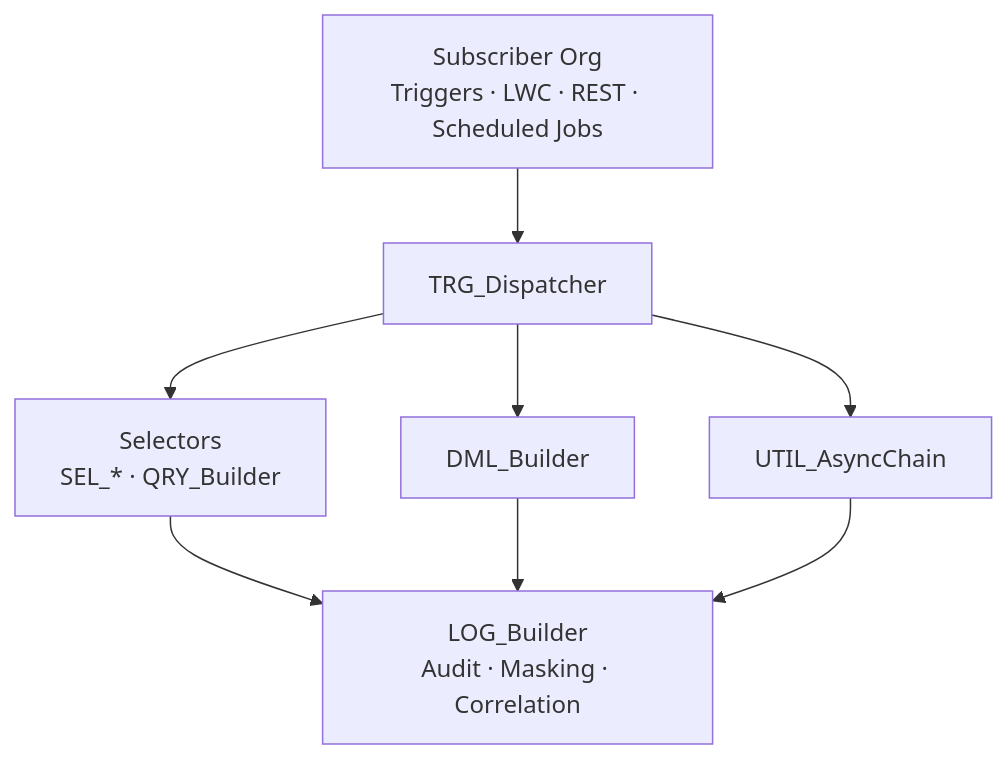
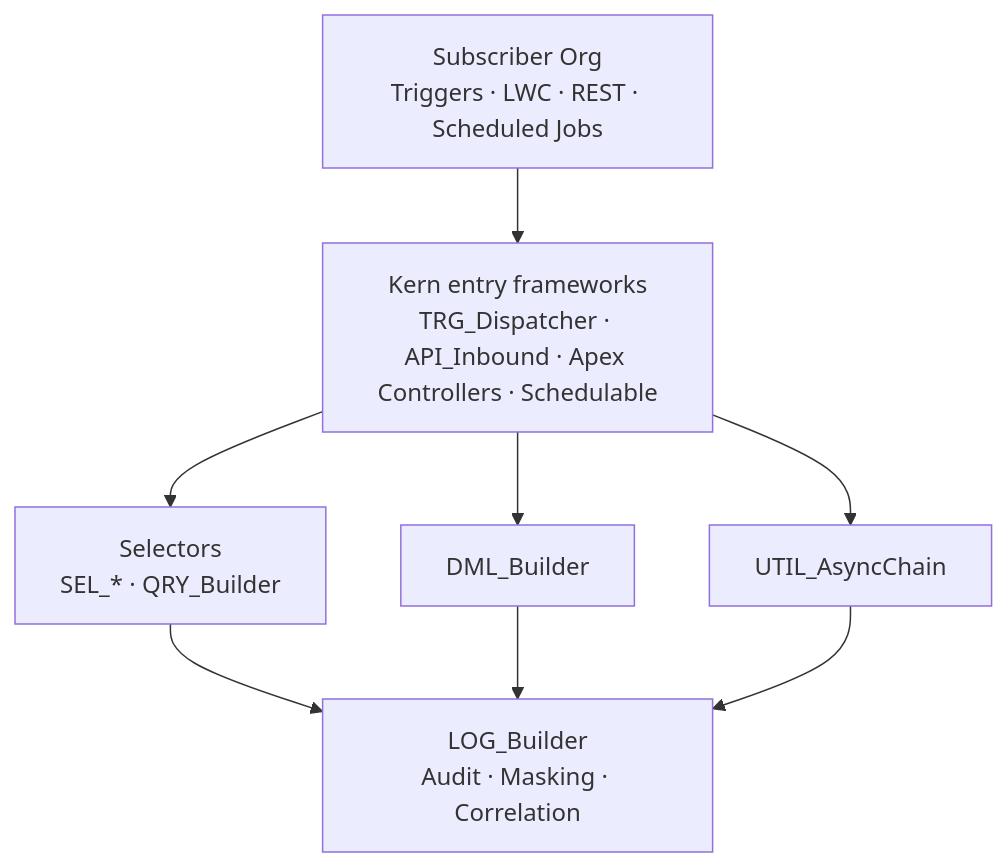
Before and after one commit to JVB-Consulting/kerndx: the diagram in README.md, drawn with Mermaid. The commit also changed 1 other file, not shown here.

Commit message:
docs: correct architecture diagram in README (#1)
Patched from source commit 6e3441e5a1.

````diff
--- a/README.md
+++ b/README.md
@@ -22,10 +22,10 @@
 ```mermaid
 flowchart TD
-    A[Subscriber Org<br/>Triggers · LWC · REST · Scheduled Jobs] --> B[TRG_Dispatcher]
+    A[Subscriber Org<br/>Triggers · LWC · REST · Scheduled Jobs] --> B[Kern entry frameworks<br/>TRG_Dispatcher · API_Inbound · Apex Controllers · Schedulable]
     B --> C[Selectors<br/>SEL_*  ·  QRY_Builder]
     B --> D[DML_Builder]
     B --> E[UTIL_AsyncChain]
     C --> F[LOG_Builder<br/>Audit · Masking · Correlation]
     D --> F
     E --> F
 ```
````
